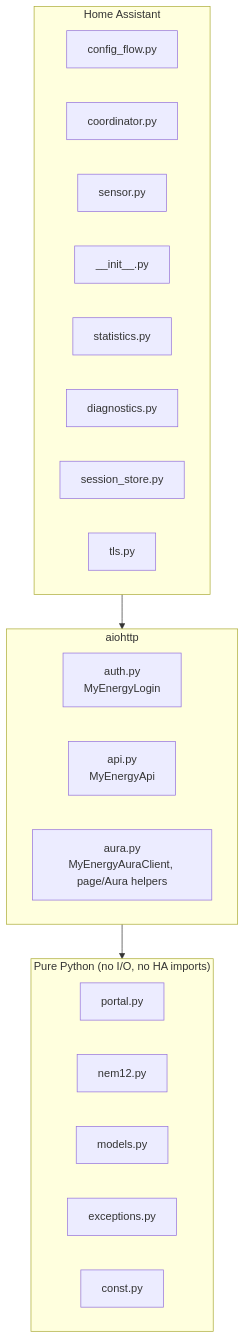
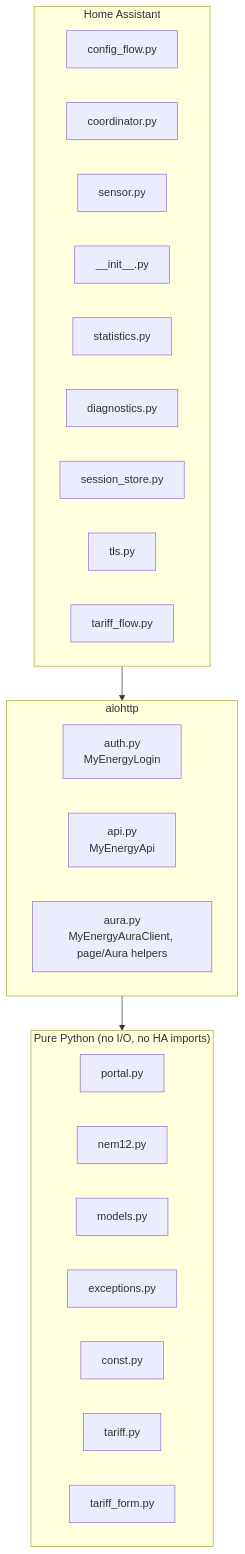
The first of 4 diagrams in docs/ARCHITECTURE.md (markesss/ha-citipower-myenergy), drawn with Mermaid before and after one commit. The commit also changed other lines of this file and 3 other files, not shown here.

````diff
--- a/docs/ARCHITECTURE.md
+++ b/docs/ARCHITECTURE.md
@@ -5,30 +5,33 @@
 ```mermaid
 flowchart TB
     subgraph ha["Home Assistant"]
         direction LR
         cf["config_flow.py"]
         co["coordinator.py"]
         se["sensor.py"]
         ini["__init__.py"]
         st["statistics.py"]
         di["diagnostics.py"]
         ss["session_store.py"]
         tls["tls.py"]
+        tf["tariff_flow.py"]
     end
     subgraph io["aiohttp"]
         direction LR
         auth["auth.py<br/>MyEnergyLogin"]
         api["api.py<br/>MyEnergyApi"]
         aura["aura.py<br/>MyEnergyAuraClient, page/Aura helpers"]
     end
     subgraph pure["Pure Python (no I/O, no HA imports)"]
         direction LR
         portal["portal.py"]
         nem12["nem12.py"]
         models["models.py"]
         exc["exceptions.py"]
         const["const.py"]
+        tariff["tariff.py"]
+        tform["tariff_form.py"]
     end
     ha --> io
     io --> pure
 ```
````
